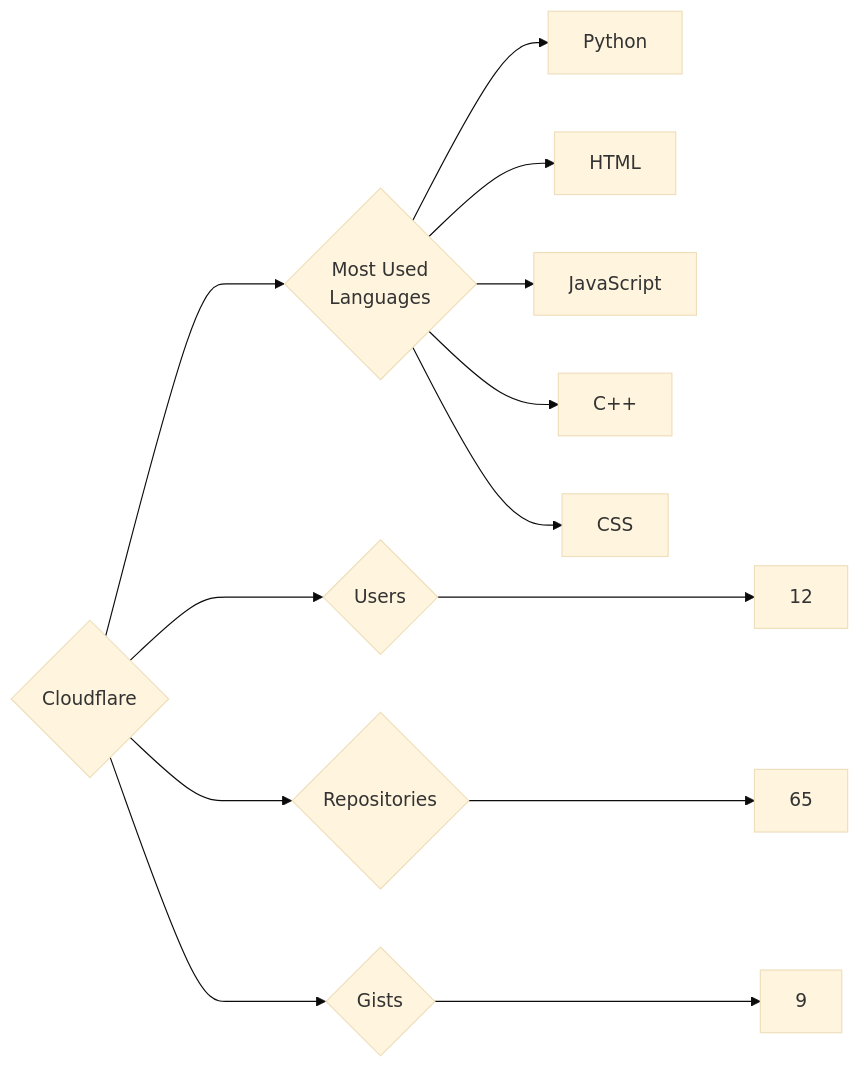
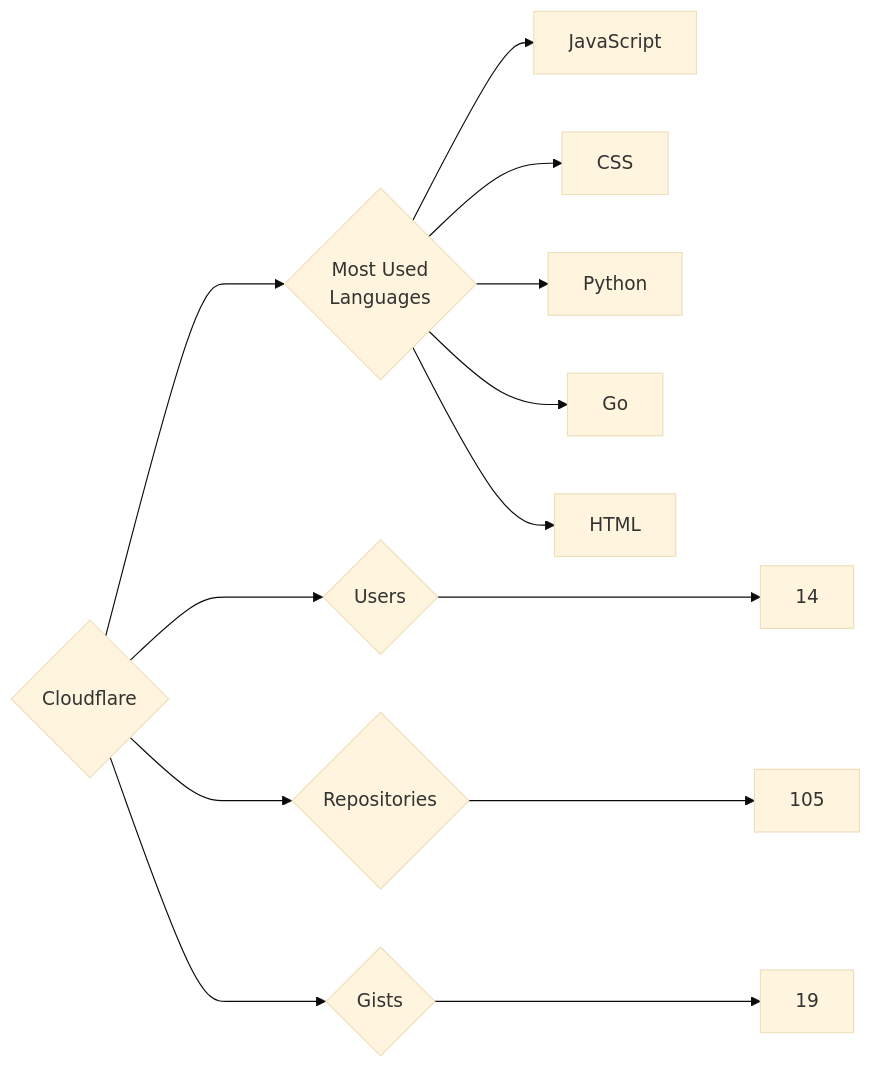
The diagram in targets/Cloudflare/README.md (trickest/insiders), drawn with Mermaid (base theme) before and after one commit. The commit also changed 857 other files, not shown here.

````diff
--- a/targets/Cloudflare/README.md
+++ b/targets/Cloudflare/README.md
@@ -3,13 +3,13 @@
 ```mermaid
 graph LR
 COMPANY_NAME{Cloudflare}
-COMPANY_NAME ---> U{Users} ---> UN[12]
-COMPANY_NAME ---> R{Repositories} ---> RN[65]
-COMPANY_NAME ---> G{Gists} ---> GN[9]
+COMPANY_NAME ---> U{Users} ---> UN[14]
+COMPANY_NAME ---> R{Repositories} ---> RN[105]
+COMPANY_NAME ---> G{Gists} ---> GN[19]
 COMPANY_NAME ---> ML{Most Used<br>Languages}
+ML --> JavaScript[JavaScript]
+ML --> CSS[CSS]
 ML --> Python[Python]
+ML --> Go[Go]
 ML --> HTML[HTML]
-ML --> JavaScript[JavaScript]
-ML --> C++[C++]
-ML --> CSS[CSS]
 ```
````
